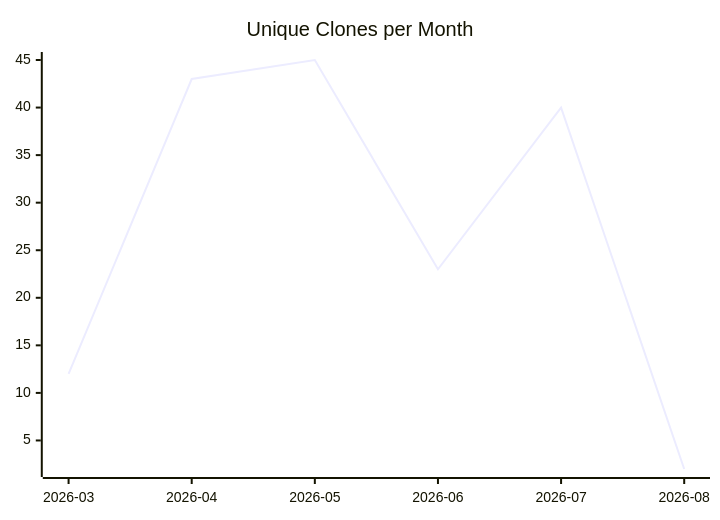
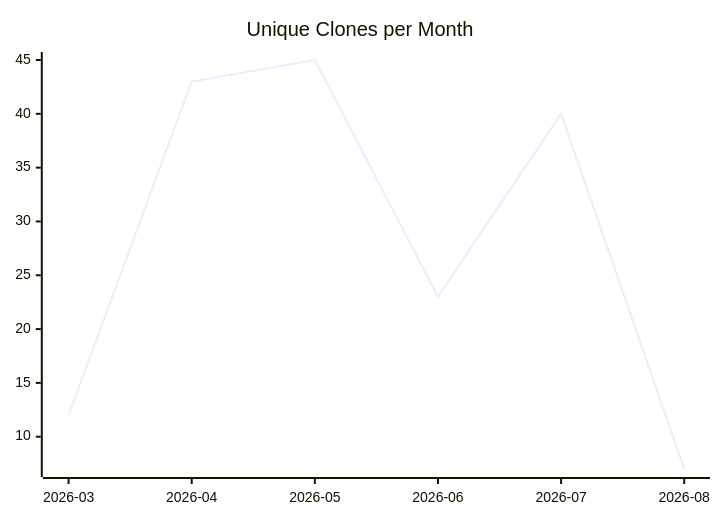
Before and after one commit to justdavis-family/github-analytics-data: the third of 3 diagrams in karlmdavis/ksoap2-android/README.md, drawn with Mermaid. The commit also changed other lines of this file and 184 other files, not shown here.

````diff
--- a/karlmdavis/ksoap2-android/README.md
+++ b/karlmdavis/ksoap2-android/README.md
@@ -19,6 +19,6 @@
 ```mermaid
 xychart-beta
   title "Unique Clones per Month"
   x-axis ["2026-03", "2026-04", "2026-05", "2026-06", "2026-07", "2026-08"]
-  line [12, 43, 45, 23, 40, 2]
+  line [12, 43, 45, 23, 40, 7]
 ```
````
